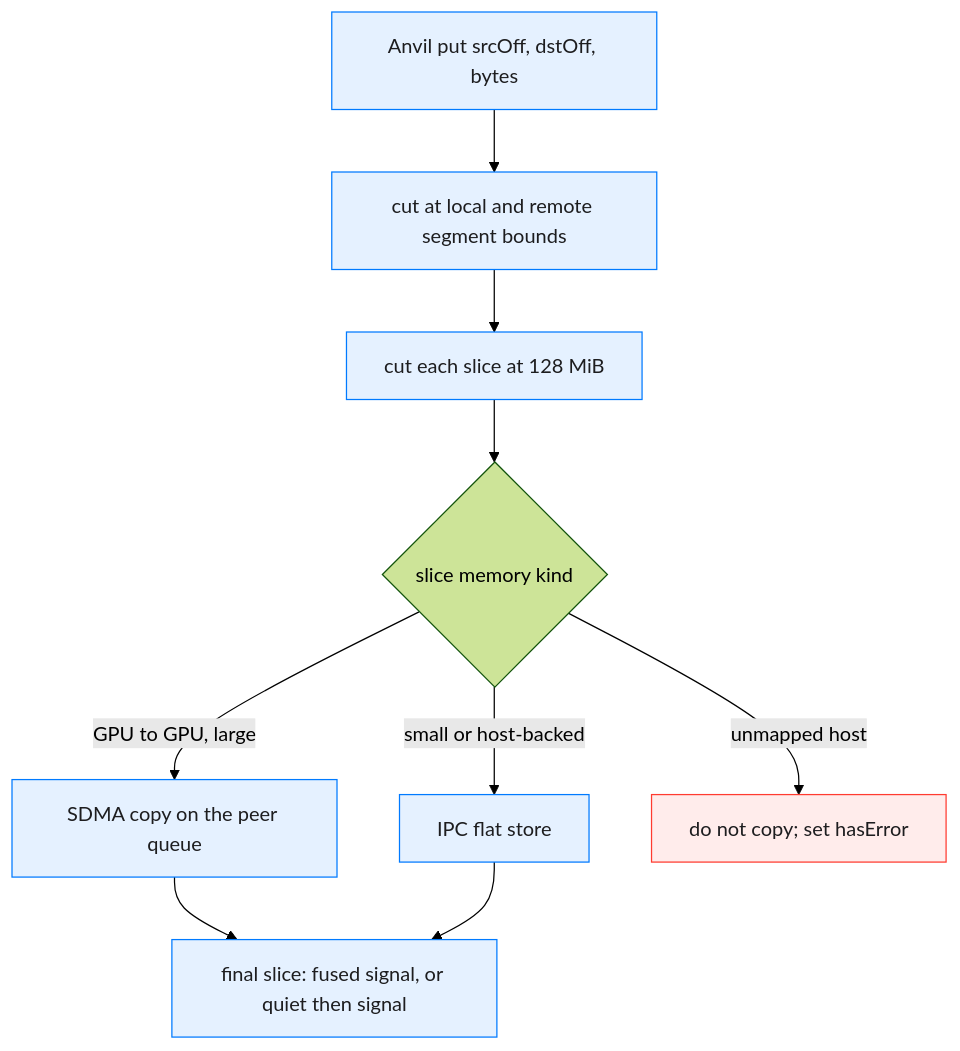
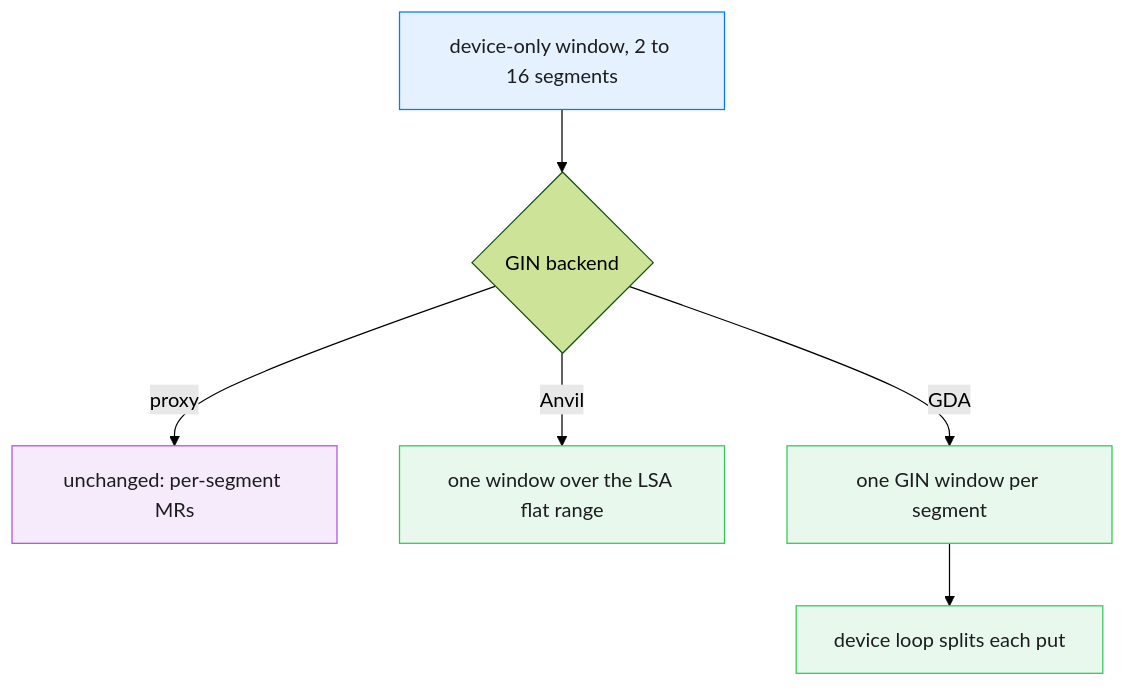
The second of 2 diagrams in projects/rccl/docs/design/multi_segment_gin_rocshmem_gda_and_anvil_sdma.md (ROCm/rocm-systems), drawn with Mermaid (forest theme) before and after one commit. The commit also changed other lines of this file and 1 other file, not shown here.

First line of the commit message:
docs: update the GDA and Anvil SDMA multi-segment proposal for develop

````diff
--- a/projects/rccl/docs/design/multi_segment_gin_rocshmem_gda_and_anvil_sdma.md
+++ b/projects/rccl/docs/design/multi_segment_gin_rocshmem_gda_and_anvil_sdma.md
@@ -157,16 +114,15 @@
 ```mermaid
-%% caption: Proposed Anvil SDMA put: segment cut, size cut, and copy kind
+%% caption: Proposed handling of a device-only multi-segment window per GIN backend
 flowchart TD
- p["Anvil put srcOff, dstOff, bytes"] --> phys["cut at local and remote segment bounds"]
- phys --> size["cut each slice at 128 MiB"]
- size --> kind{"slice memory kind"}
- kind -->|"GPU to GPU, large"| sd["SDMA copy on the peer queue"]
- kind -->|"small or host-backed"| ipc["IPC flat store"]
- kind -->|"unmapped host"| fail["do not copy; set hasError"]
- sd --> fin["final slice: fused signal, or quiet then signal"]
- ipc --> fin
+ d["device-only window, 2 to 16 segments"] --> be{"GIN backend"}
+ be -->|"proxy"| p["unchanged: per-segment MRs"]
+ be -->|"Anvil"| a["one window over the LSA flat range"]
+ be -->|"GDA"| g["one GIN window per segment"]
+ g --> loop["device loop splits each put"]
  classDef gin fill:#e5f1ff,stroke:#007aff,color:#1d1d1f
- classDef failpath fill:#ffeceb,stroke:#ff3b30,color:#1d1d1f
- class p,phys,size,sd,ipc,fin gin
- class fail failpath
+ classDef rma fill:#f5ebfb,stroke:#af52de,color:#1d1d1f
+ classDef okpath fill:#e8f8ec,stroke:#34c759,color:#1d1d1f
+ class d gin
+ class p rma
+ class a,g,loop okpath
 ```
````
